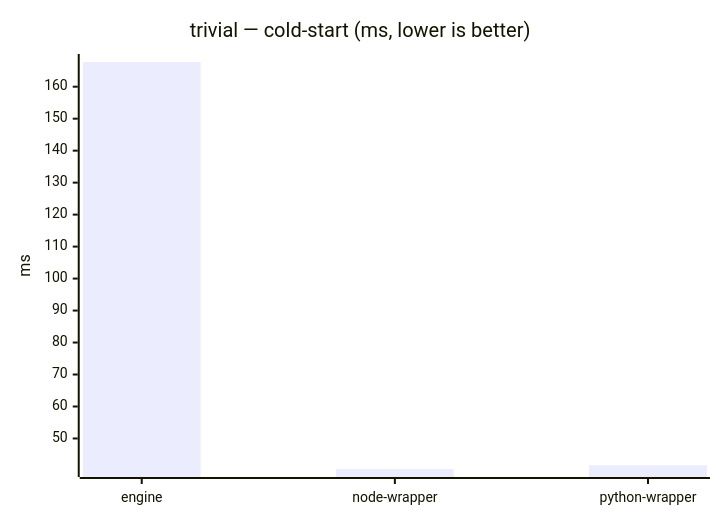
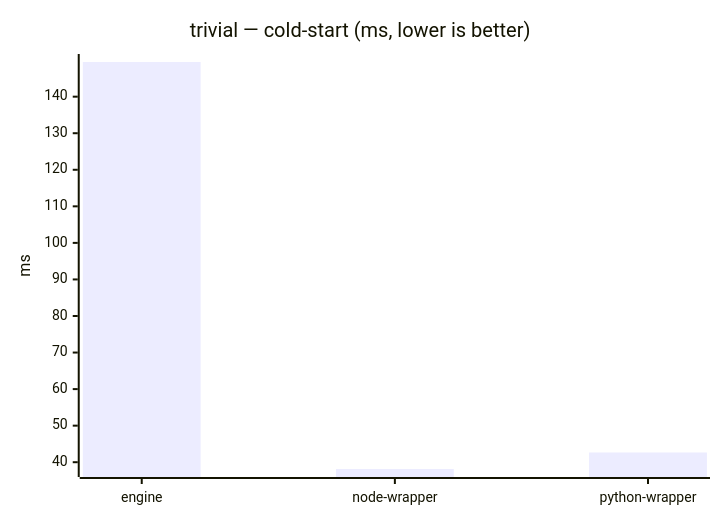
Before and after one commit to mulesoft/data-weave-cli: the first of 23 diagrams in benchmarks/report/RESULTS.md, drawn with Mermaid. The commit also changed other lines of this file, not shown here.

````diff
--- a/benchmarks/report/RESULTS.md
+++ b/benchmarks/report/RESULTS.md
@@ -46,7 +46,7 @@
 ```mermaid
 xychart-beta
     title "trivial — cold-start (ms, lower is better)"
     x-axis ["engine", "node-wrapper", "python-wrapper"]
     y-axis "ms"
-    bar [167.723, 40.456, 41.622]
+    bar [149.484, 38.142, 42.668]
 ```
````
